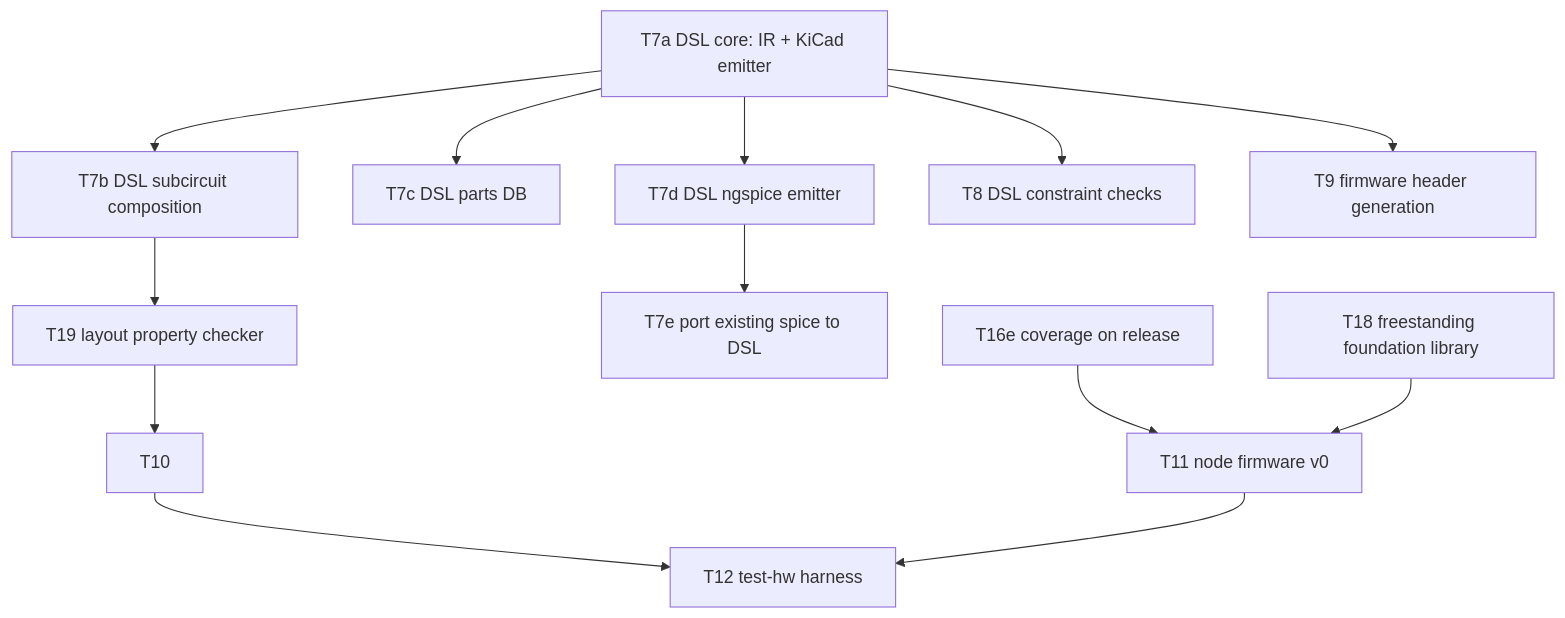
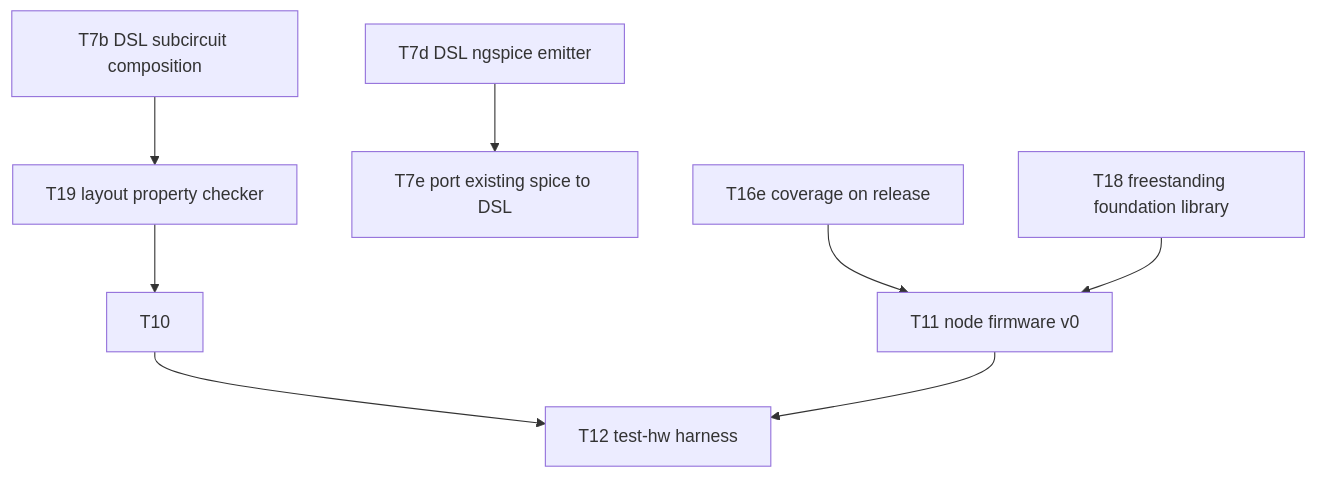
Before and after one commit to kristofferkoch/oparroy: the diagram in KANBAN.md, drawn with Mermaid. The commit also changed other lines of this file and 22 other files, not shown here.

Commit message:
T7a: DSL core — parts/nets IR, KiCad netlist emitter, watchdog capture

````diff
--- a/KANBAN.md
+++ b/KANBAN.md
@@ -34,15 +34,10 @@
 ```mermaid
 graph TD
     T19 --> T10
-    T7a[T7a DSL core: IR + KiCad emitter] --> T7b[T7b DSL subcircuit composition]
-    T7a --> T7c[T7c DSL parts DB]
-    T7a --> T7d[T7d DSL ngspice emitter]
-    T7d --> T7e[T7e port existing spice to DSL]
-    T7a --> T8[T8 DSL constraint checks]
-    T7a --> T9[T9 firmware header generation]
-    T7b --> T19[T19 layout property checker]
+    T7b[T7b DSL subcircuit composition] --> T19[T19 layout property checker]
+    T7d[T7d DSL ngspice emitter] --> T7e[T7e port existing spice to DSL]
     T10 --> T12[T12 test-hw harness]
     T11 --> T12
     T16e[T16e coverage on release] --> T11[T11 node firmware v0]
     T18[T18 freestanding foundation library] --> T11
 ```
````
